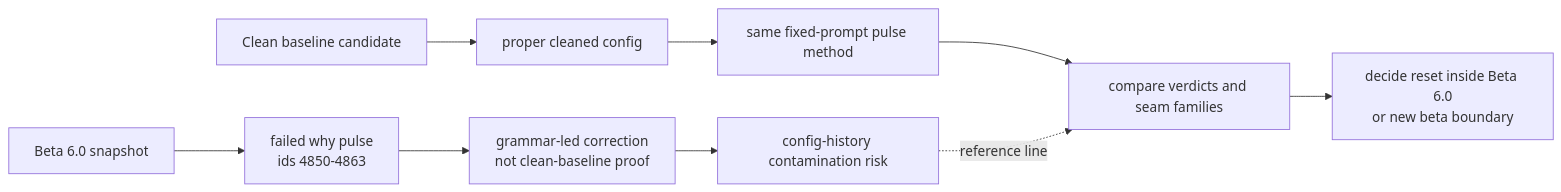
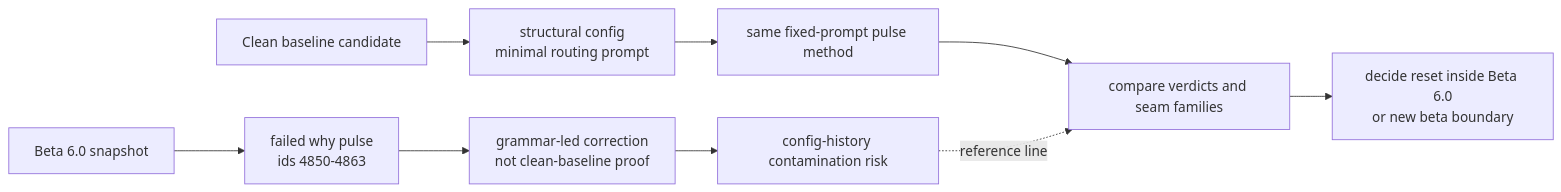
The fourth of 5 diagrams in docs/diagrams/PIPELINE.md (tryskian/probaboracle), drawn with Mermaid before and after one commit. The commit also changed other lines of this file and 15 other files, not shown here.

````diff
--- a/docs/diagrams/PIPELINE.md
+++ b/docs/diagrams/PIPELINE.md
@@ -82,17 +71,17 @@
 ```mermaid
 flowchart LR
   A["Beta 6.0 snapshot"]
   B["failed why pulse<br/>ids 4850-4863"]
   C["grammar-led correction<br/>not clean-baseline proof"]
   D["config-history contamination risk"]
 
   E["Clean baseline candidate"]
-  F["proper cleaned config"]
+  F["structural config<br/>minimal routing prompt"]
   G["same fixed-prompt pulse method"]
   H["compare verdicts and seam families"]
   I["decide reset inside Beta 6.0<br/>or new beta boundary"]
 
   A --> B --> C --> D
   E --> F --> G --> H --> I
   D -. "reference line" .-> H
 ```
````
